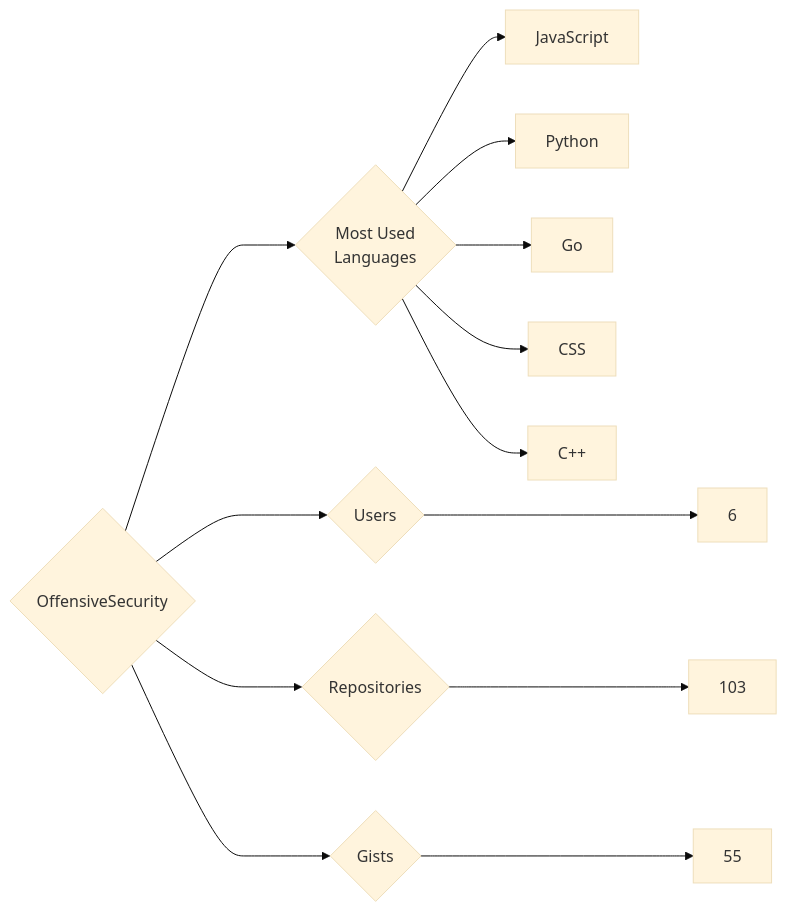
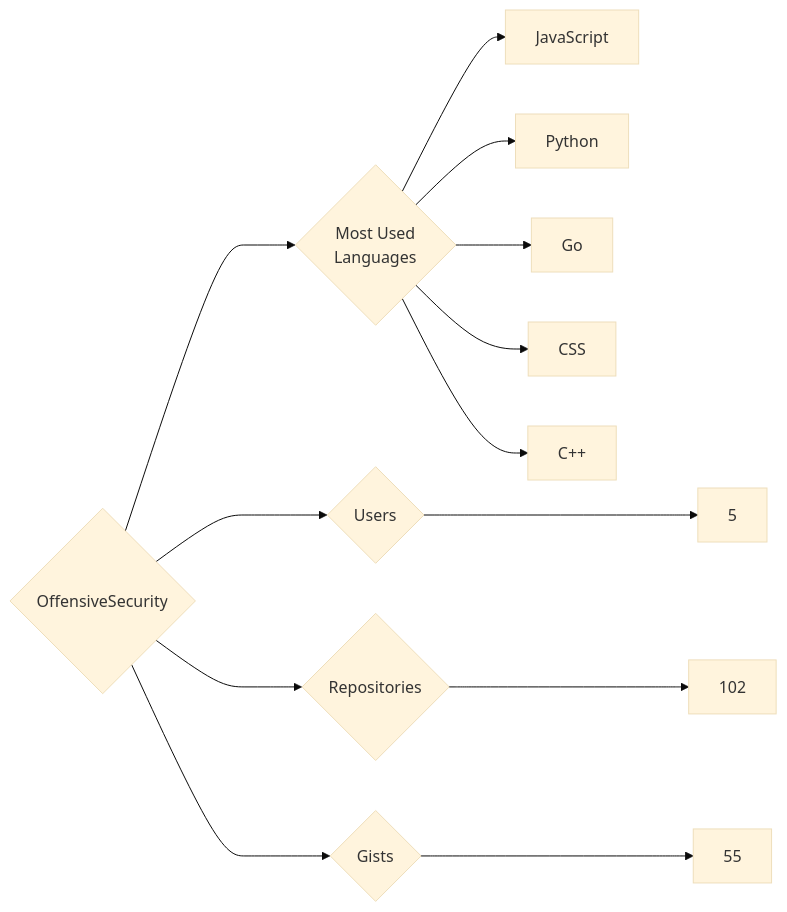
One commit to trickest/insiders changed the diagram in targets/OffensiveSecurity/README.md. Above: the diagram before and after it, drawn with Mermaid (base theme). The commit also changed 1496 other files, not shown here.

````diff
--- a/targets/OffensiveSecurity/README.md
+++ b/targets/OffensiveSecurity/README.md
@@ -3,13 +3,13 @@
 ```mermaid
 graph LR
 COMPANY_NAME{OffensiveSecurity}
-COMPANY_NAME ---> U{Users} ---> UN[6]
-COMPANY_NAME ---> R{Repositories} ---> RN[103]
+COMPANY_NAME ---> U{Users} ---> UN[5]
+COMPANY_NAME ---> R{Repositories} ---> RN[102]
 COMPANY_NAME ---> G{Gists} ---> GN[55]
 COMPANY_NAME ---> ML{Most Used<br>Languages}
 ML --> JavaScript[JavaScript]
 ML --> Python[Python]
 ML --> Go[Go]
 ML --> CSS[CSS]
 ML --> C++[C++]
 ```
````
